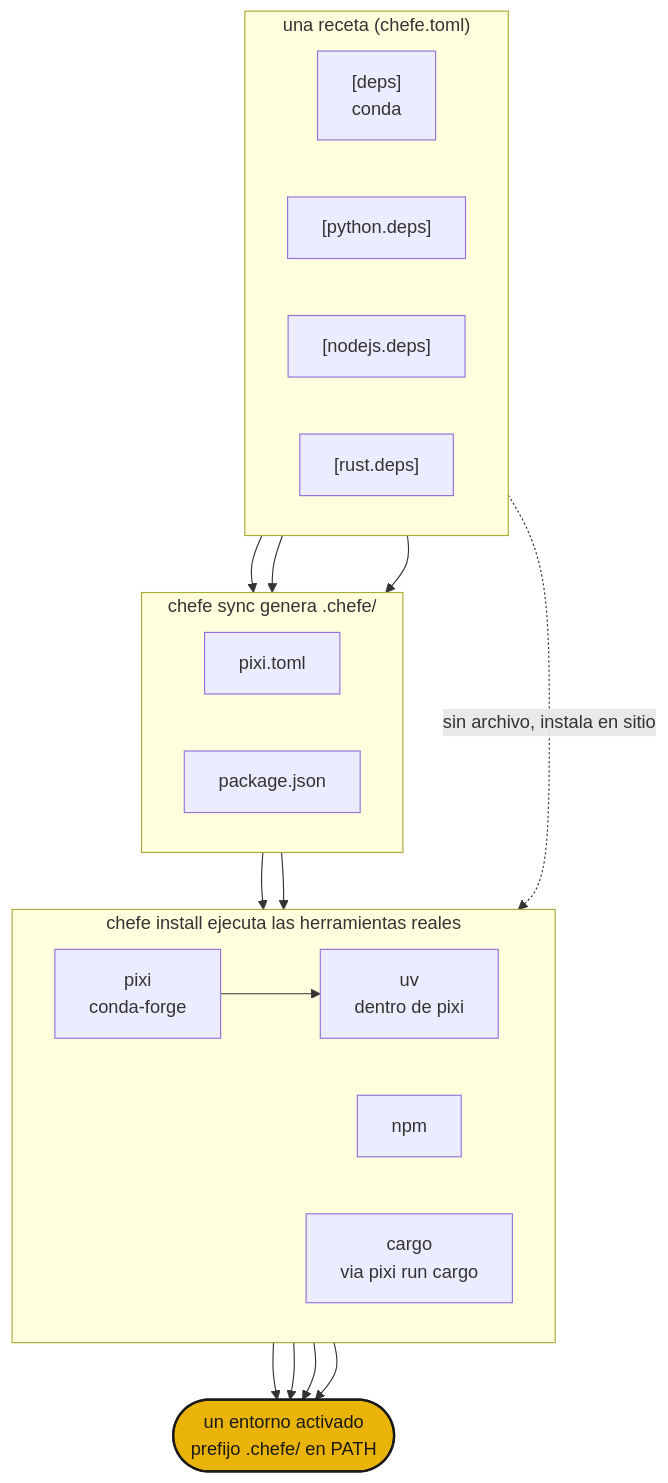
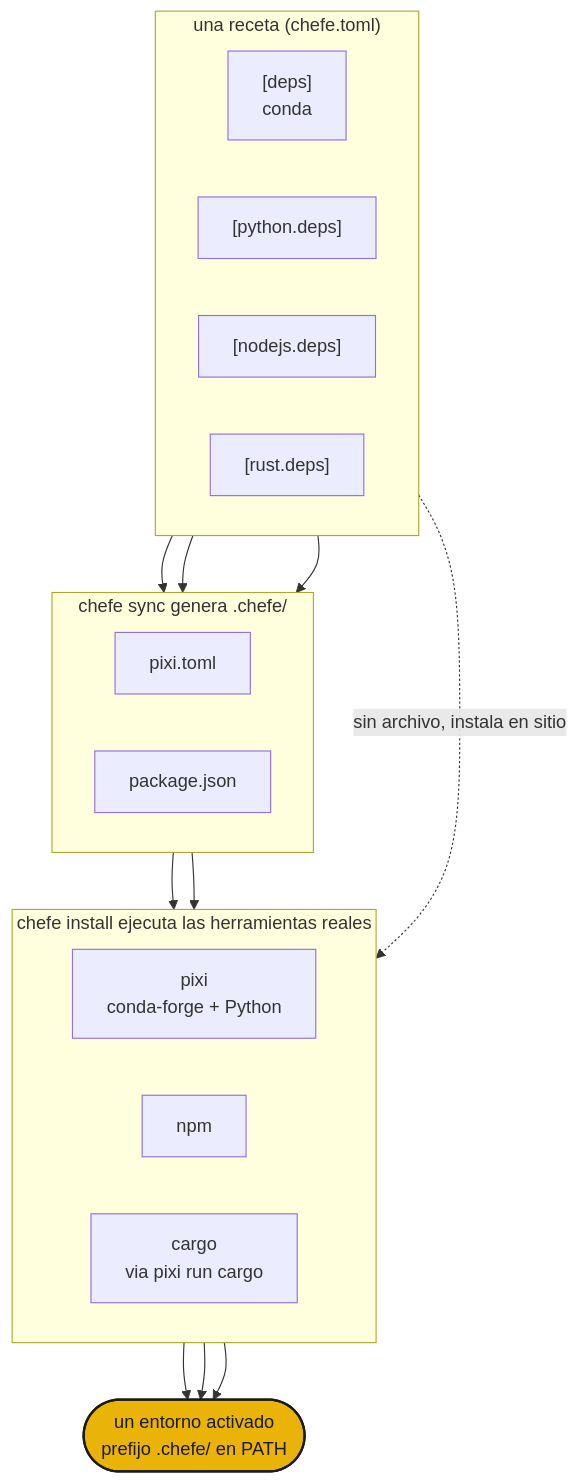
Before and after one commit to phvv-me/chefe: the diagram in docs/how-it-works.es.md, drawn with Mermaid. The commit also changed other lines of this file and 29 other files, not shown here.

````diff
--- a/docs/how-it-works.es.md
+++ b/docs/how-it-works.es.md
@@ -5,42 +5,39 @@
 ```mermaid
 flowchart TB
     subgraph recipe["una receta (chefe.toml)"]
         direction LR
         D["[deps]<br/>conda"]
         PY["[python.deps]"]
         NP["[nodejs.deps]"]
         CG["[rust.deps]"]
     end
 
     subgraph compiled["chefe sync genera .chefe/"]
         direction LR
         PT["pixi.toml"]
         PJ["package.json"]
     end
 
     subgraph solve["chefe install ejecuta las herramientas reales"]
         direction LR
-        PIXI["pixi<br/>conda-forge"]
-        UV["uv<br/>dentro de pixi"]
+        PIXI["pixi<br/>conda-forge + Python"]
         NPM["npm"]
         CARGO["cargo<br/>via pixi run cargo"]
     end
 
     ENV(["un entorno activado<br/>prefijo .chefe/ en PATH"]):::brand
 
     D --> PT
     PY --> PT
     NP --> PJ
     CG -. sin archivo, instala en sitio .-> CARGO
 
     PT --> PIXI
-    PIXI --> UV
     PJ --> NPM
 
     PIXI --> ENV
-    UV --> ENV
     NPM --> ENV
     CARGO --> ENV
 
     classDef brand fill:#eab308,stroke:#1a1a1a,stroke-width:2px,color:#1a1a1a;
 ```
````
